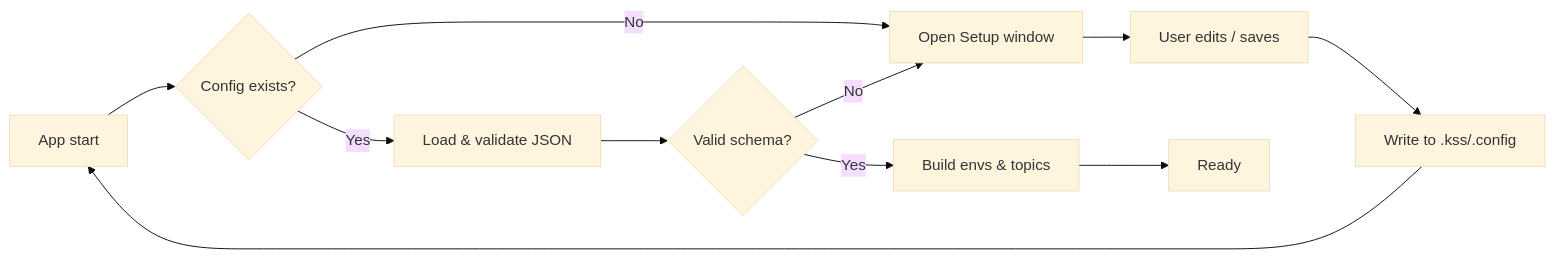
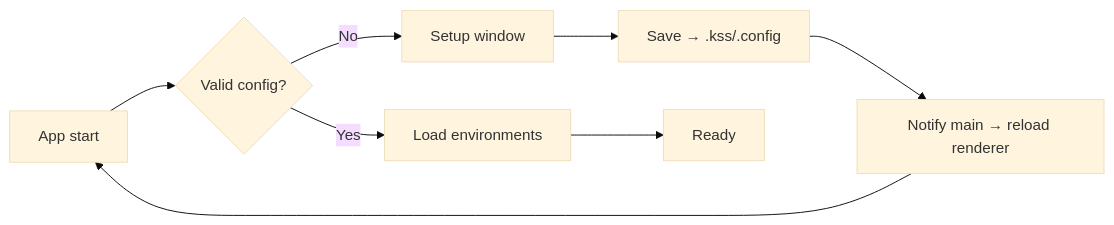
One commit to DilshanPGN/kafka-safe-stream changed the fourth of 4 diagrams in README.md. Above: the diagram before and after it, drawn with Mermaid (base theme). The commit also changed other lines of this file, not shown here.

Commit message:
Revise README for clarity and detail; update application overview, feature descriptions, and flow diagrams to reflect recent enhancements, including environment management, consumer options, and configuration processes.

````diff
--- a/README.md
+++ b/README.md
@@ -113,13 +122,10 @@
 ```mermaid
 flowchart LR
-    A[App start] --> B{Config exists?}
-    B -->|No| C[Open Setup window]
-    B -->|Yes| D[Load & validate JSON]
-    C --> E[User edits / saves]
-    E --> F[Write to .kss/.config]
+    A[App start] --> B{Valid config?}
+    B -->|No| C[Setup window]
+    B -->|Yes| D[Load environments]
+    C --> E[Save → .kss/.config]
+    E --> F[Notify main → reload renderer]
+    D --> G[Ready]
     F --> A
-    D --> G{Valid schema?}
-    G -->|No| C
-    G -->|Yes| H[Build envs & topics]
-    H --> I[Ready]
 ```
````
